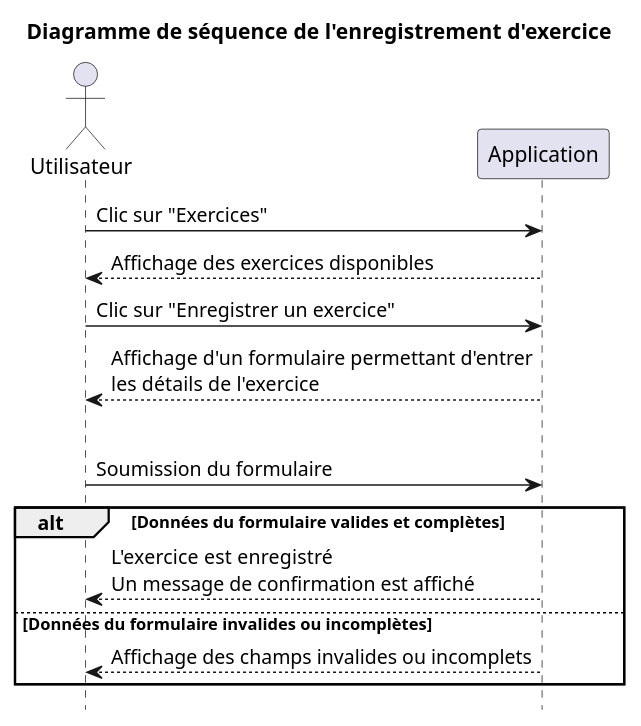
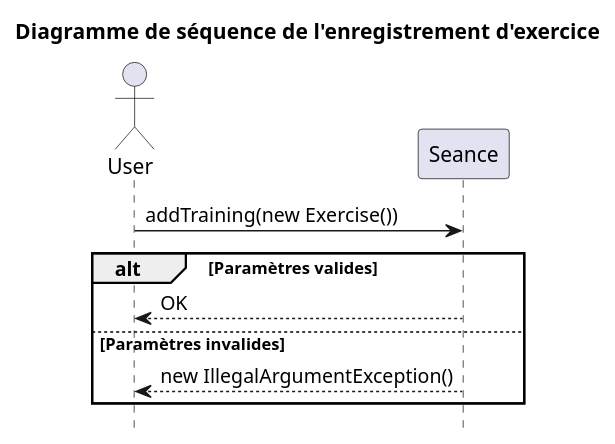
The diagram in diagrams/EnregistrementExercice.puml (SharafGabel/GYMTONIK), drawn with PlantUML before and after one commit. The commit also changed 5 other files, not shown here.

Commit message:
Modification des diagrammes de séquence afin d'utiliser les classes et noms de méthodes.

```diff
--- a/diagrams/EnregistrementExercice.puml
+++ b/diagrams/EnregistrementExercice.puml
@@ -1,23 +1,14 @@
 @startuml
 hide footbox
-actor Utilisateur
+actor User
 
 title Diagramme de séquence de l'enregistrement d'exercice
 
-Utilisateur -> Application: Clic sur "Exercices"
-Utilisateur <-- Application: Affichage des exercices disponibles
+User -> Seance: addTraining(new Exercise())
 
-Utilisateur -> Application: Clic sur "Enregistrer un exercice"
-Utilisateur <-- Application: Affichage d'un formulaire permettant d'entrer\nles détails de l'exercice
-|||
-Utilisateur -> Application: Soumission du formulaire
-
-alt Données du formulaire valides et complètes
-
-    Utilisateur <-- Application: L'exercice est enregistré\nUn message de confirmation est affiché
-
-else Données du formulaire invalides ou incomplètes
-
-    Utilisateur <-- Application: Affichage des champs invalides ou incomplets
+alt Paramètres valides
+    User <-- Seance: OK
+else Paramètres invalides
+    User <-- Seance: new IllegalArgumentException()
 end
 @enduml
```
